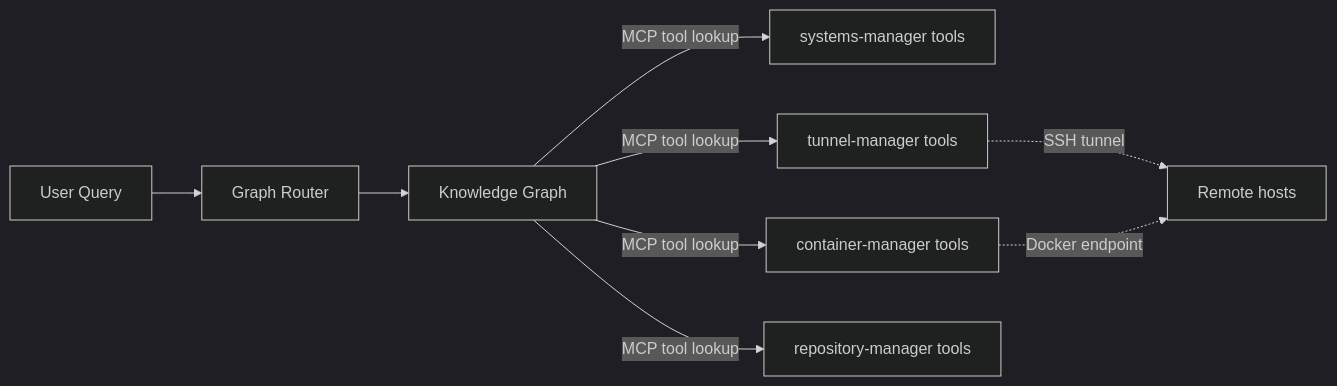
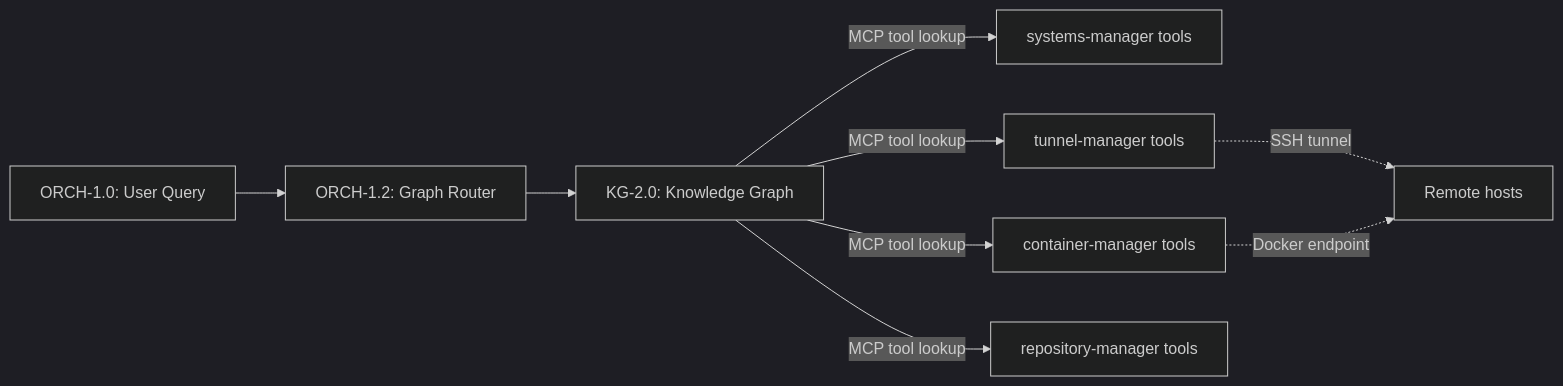
The second of 5 diagrams in docs/guides/agent-os-architecture.md (Knuckles-Team/agent-utilities), drawn with Mermaid (dark theme) before and after one commit. The commit also changed other lines of this file and 325 other files, not shown here.

````diff
--- a/docs/guides/agent-os-architecture.md
+++ b/docs/guides/agent-os-architecture.md
@@ -57,11 +57,11 @@
 ```mermaid
 flowchart LR
-    Q[User Query] --> GR[Graph Router]
-    GR --> KG[Knowledge Graph]
+    Q[ORCH-1.0: User Query] --> GR[ORCH-1.2: Graph Router]
+    GR --> KG[KG-2.0: Knowledge Graph]
     KG --> |"MCP tool lookup"| SM[systems-manager tools]
     KG --> |"MCP tool lookup"| CM[container-manager tools]
     KG --> |"MCP tool lookup"| TM[tunnel-manager tools]
     KG --> |"MCP tool lookup"| RM[repository-manager tools]
     TM -.-> |"SSH tunnel"| RH[Remote hosts]
     CM -.-> |"Docker endpoint"| RH
 ```
````
